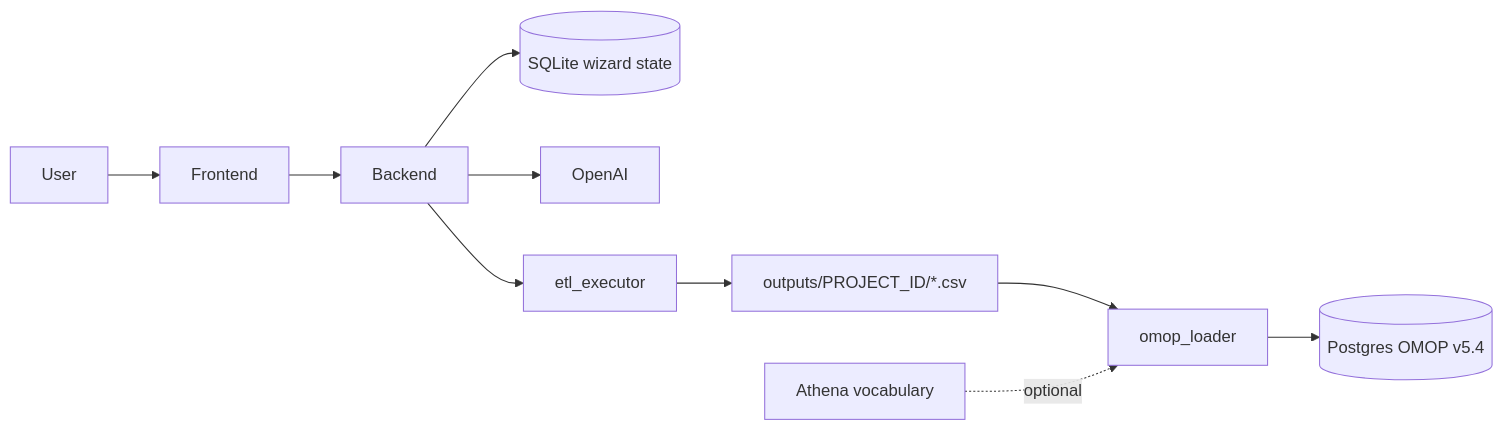
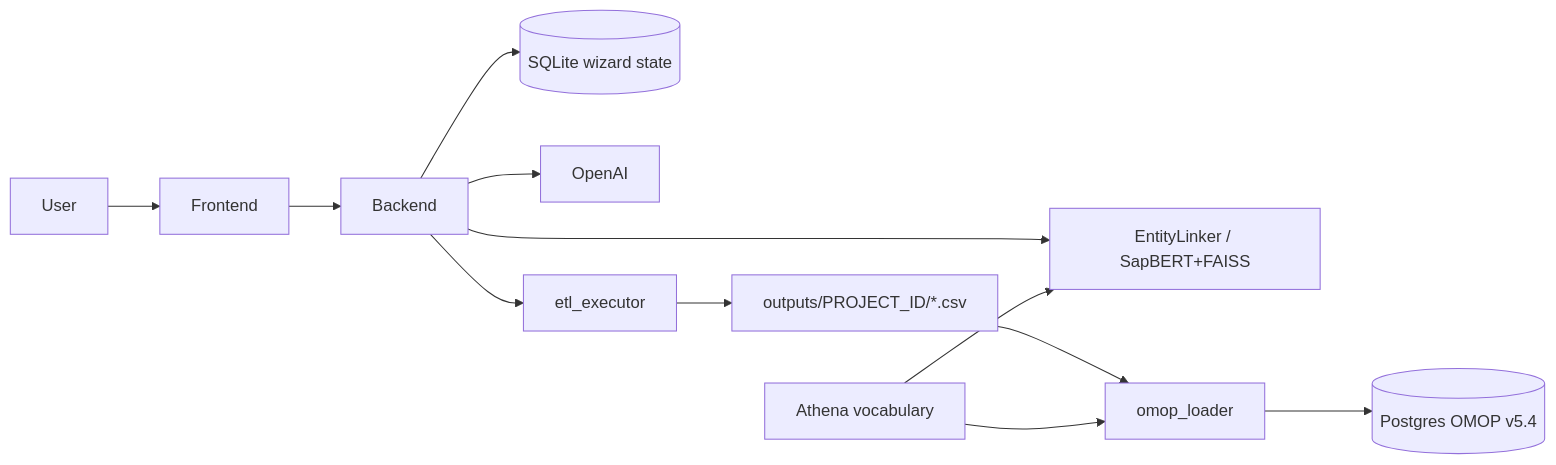
One commit to manoshatzak27/ETL_auto_designer changed the diagram in README.md. Above: the diagram before and after it, drawn with Mermaid. The commit also changed other lines of this file and 44 other files, not shown here.

First line of the commit message:
Step 12 vocab/clinical split, EntityLinker service, Step 9 custom concepts.

````diff
--- a/README.md
+++ b/README.md
@@ -13,12 +13,14 @@
 ```mermaid
 flowchart LR
   User --> Frontend
   Frontend --> Backend
   Backend --> SQLite[(SQLite wizard state)]
   Backend --> OpenAI
+  Backend --> EntityLinker[EntityLinker / SapBERT+FAISS]
   Backend --> Executor[etl_executor]
   Executor --> Outputs[outputs/PROJECT_ID/*.csv]
   Outputs --> Loader[omop_loader]
   Loader --> Postgres[(Postgres OMOP v5.4)]
-  VocabBundle[Athena vocabulary] -.optional.-> Loader
+  VocabBundle[Athena vocabulary] --> Loader
+  VocabBundle --> EntityLinker
 ```
````
